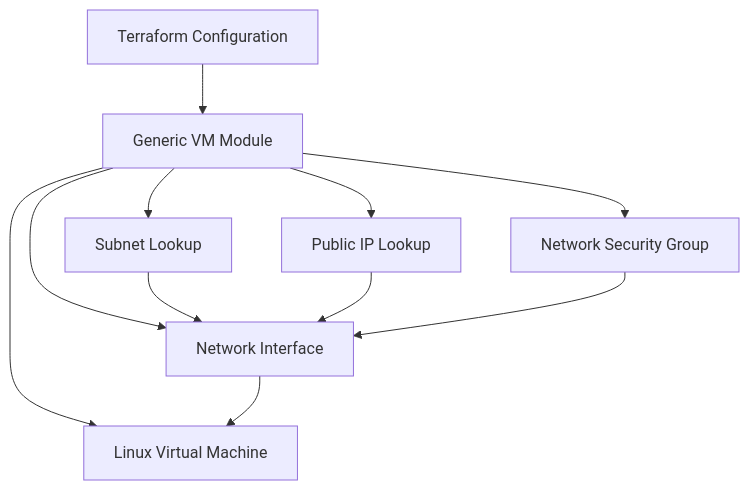
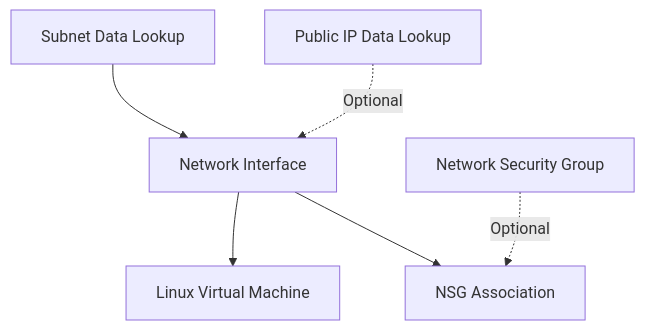
One commit to Pjaisw1103/Azurerm_Virtual_Machine changed the diagram in README.md. Above: the diagram before and after it, drawn with Mermaid. The commit also changed other lines of this file, not shown here.

````diff
--- a/README.md
+++ b/README.md
@@ -47,18 +44,13 @@
 ```mermaid
 flowchart TD
-
-A[Terraform Configuration]
---> B[Generic VM Module]
-
-B --> C[Network Interface]
-B --> D[Linux Virtual Machine]
-B --> E[Network Security Group]
-B --> F[Subnet Lookup]
-B --> G[Public IP Lookup]
-
-F --> C
-G --> C
-E --> C
-
-C --> D
+    SubnetData[Subnet Data Lookup]
+    PipData[Public IP Data Lookup]
+    
+    SubnetData --> NIC[Network Interface]
+    PipData -. Optional .-> NIC
+    
+    NIC --> VM[Linux Virtual Machine]
+    
+    NSG[Network Security Group] -. Optional .-> NSGAssoc[NSG Association]
+    NIC --> NSGAssoc
 ```
````
